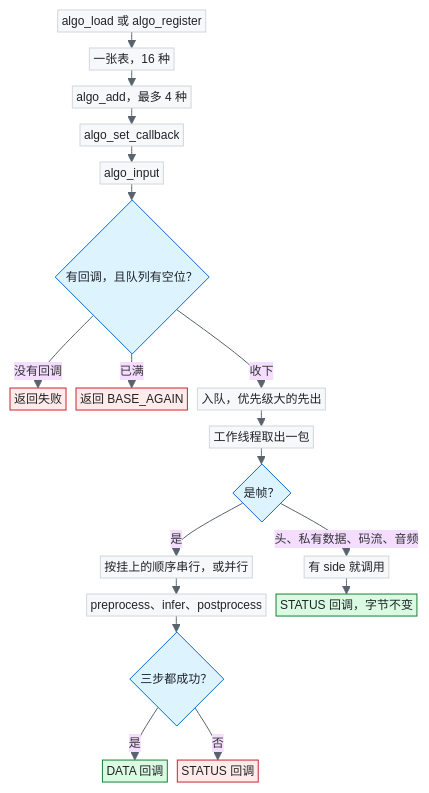
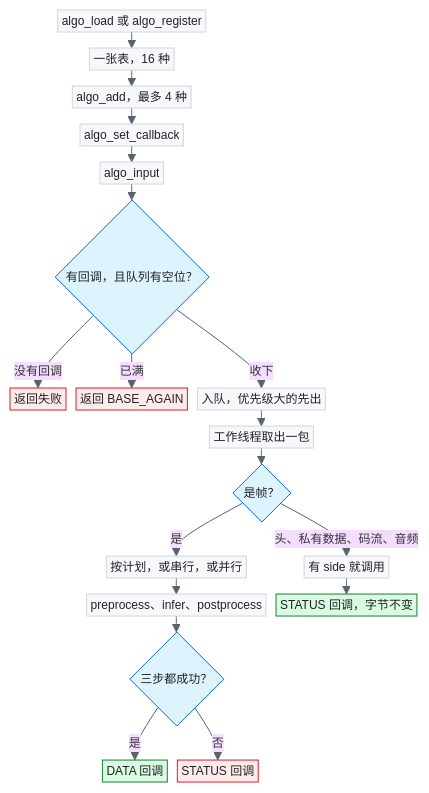
One commit to SparkTheCreater/pet-monitor changed the third of 6 diagrams in README.zh.md. Above: the diagram before and after it, drawn with Mermaid. The commit also changed other lines of this file and 9 other files, not shown here.

````diff
--- a/README.zh.md
+++ b/README.zh.md
@@ -171,29 +171,29 @@
 ```mermaid
 %%{init: {'theme': 'base', 'themeVariables': {'fontSize': '12px', 'fontFamily': '-apple-system, BlinkMacSystemFont, Segoe UI, Helvetica, Arial, sans-serif', 'background': '#ffffff', 'lineColor': '#59636e', 'textColor': '#1f2328'}, 'flowchart': {'useMaxWidth': false, 'nodeSpacing': 10, 'rankSpacing': 16, 'padding': 2}}}%%
 flowchart TD
   load["algo_load 或 algo_register"] --> table["一张表，16 种"]
   table --> add["algo_add，最多 4 种"]
   add --> cb["algo_set_callback"]
   cb --> feed["algo_input"]
   feed --> gate{"有回调，且队列有空位？"}
   gate -->|没有回调| fail["返回失败"]
   gate -->|已满| again["返回 BASE_AGAIN"]
   gate -->|收下| queue["入队，优先级大的先出"]
   queue --> worker["工作线程取出一包"]
   worker --> kind{"是帧？"}
-  kind -->|是| mode["按挂上的顺序串行，或并行"]
+  kind -->|是| mode["按计划，或串行，或并行"]
   mode --> step["preprocess、infer、postprocess"]
   step --> done{"三步都成功？"}
   done -->|是| data["DATA 回调"]
   done -->|否| bad["STATUS 回调"]
   kind -->|头、私有数据、码流、音频| side["有 side 就调用"]
   side --> echo["STATUS 回调，字节不变"]
   classDef plain fill:#f6f8fa,stroke:#d0d7de,color:#1f2328
   classDef ask fill:#ddf4ff,stroke:#0969da,color:#1f2328
   classDef go fill:#dafbe1,stroke:#1a7f37,color:#1f2328
   classDef stop fill:#ffebe9,stroke:#cf222e,color:#1f2328
   class load,table,add,cb,feed,queue,worker,mode,step,side plain
   class gate,kind,done ask
   class data,echo go
   class fail,again,bad stop
 ```
````
